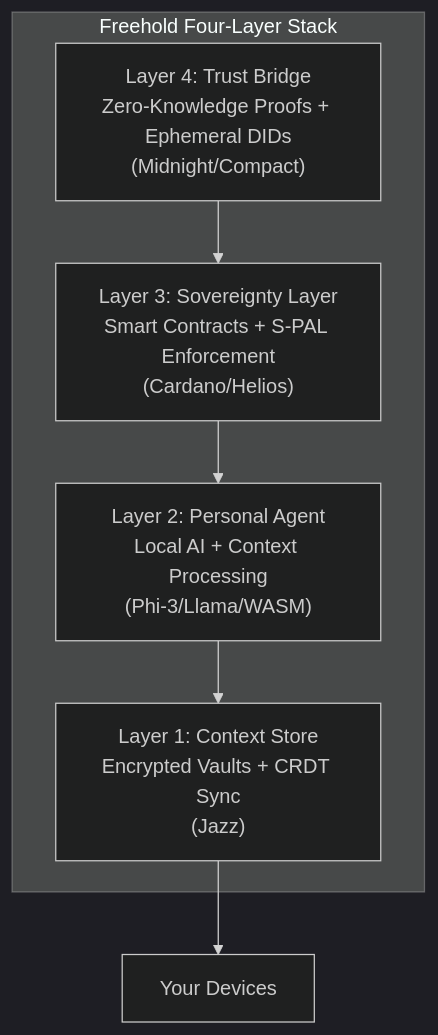
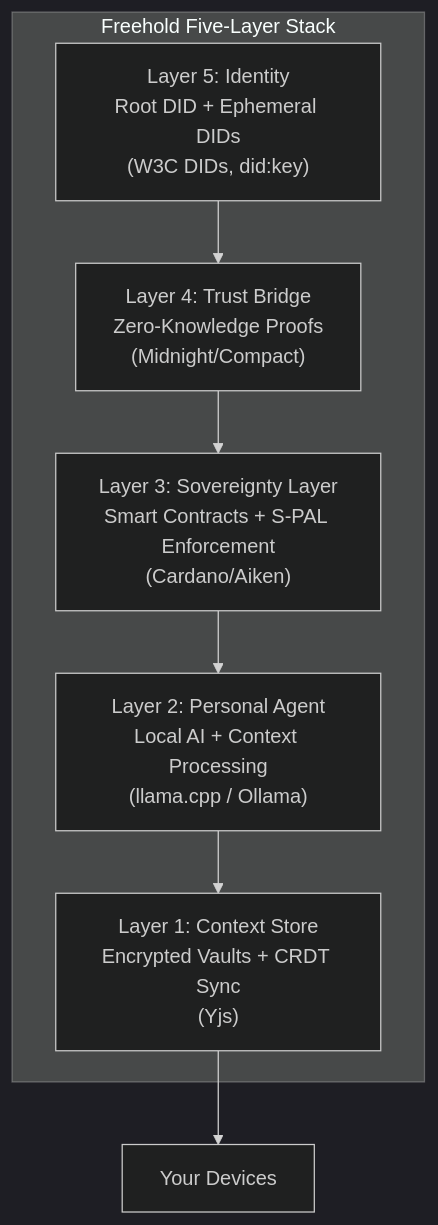
The first of 2 diagrams in spec/docs/architecture.md (freehold-earth/freehold), drawn with Mermaid (dark theme) before and after one commit. The commit also changed other lines of this file, not shown here.

First line of the commit message:
Describe the stack the code actually runs in the spec architecture overview

````diff
--- a/spec/docs/architecture.md
+++ b/spec/docs/architecture.md
@@ -7,15 +7,17 @@
 ```mermaid
 flowchart TB
-    subgraph Stack["Freehold Four-Layer Stack"]
-        L4["Layer 4: Trust Bridge<br/>Zero-Knowledge Proofs + Ephemeral DIDs<br/>(Midnight/Compact)"]
-        L3["Layer 3: Sovereignty Layer<br/>Smart Contracts + S-PAL Enforcement<br/>(Cardano/Helios)"]
-        L2["Layer 2: Personal Agent<br/>Local AI + Context Processing<br/>(Phi-3/Llama/WASM)"]
-        L1["Layer 1: Context Store<br/>Encrypted Vaults + CRDT Sync<br/>(Jazz)"]
+    subgraph Stack["Freehold Five-Layer Stack"]
+        L5["Layer 5: Identity<br/>Root DID + Ephemeral DIDs<br/>(W3C DIDs, did:key)"]
+        L4["Layer 4: Trust Bridge<br/>Zero-Knowledge Proofs<br/>(Midnight/Compact)"]
+        L3["Layer 3: Sovereignty Layer<br/>Smart Contracts + S-PAL Enforcement<br/>(Cardano/Aiken)"]
+        L2["Layer 2: Personal Agent<br/>Local AI + Context Processing<br/>(llama.cpp / Ollama)"]
+        L1["Layer 1: Context Store<br/>Encrypted Vaults + CRDT Sync<br/>(Yjs)"]
 
+        L5 --> L4
         L4 --> L3
         L3 --> L2
         L2 --> L1
     end
 
     L1 --> D["Your Devices"]
 ```
````
